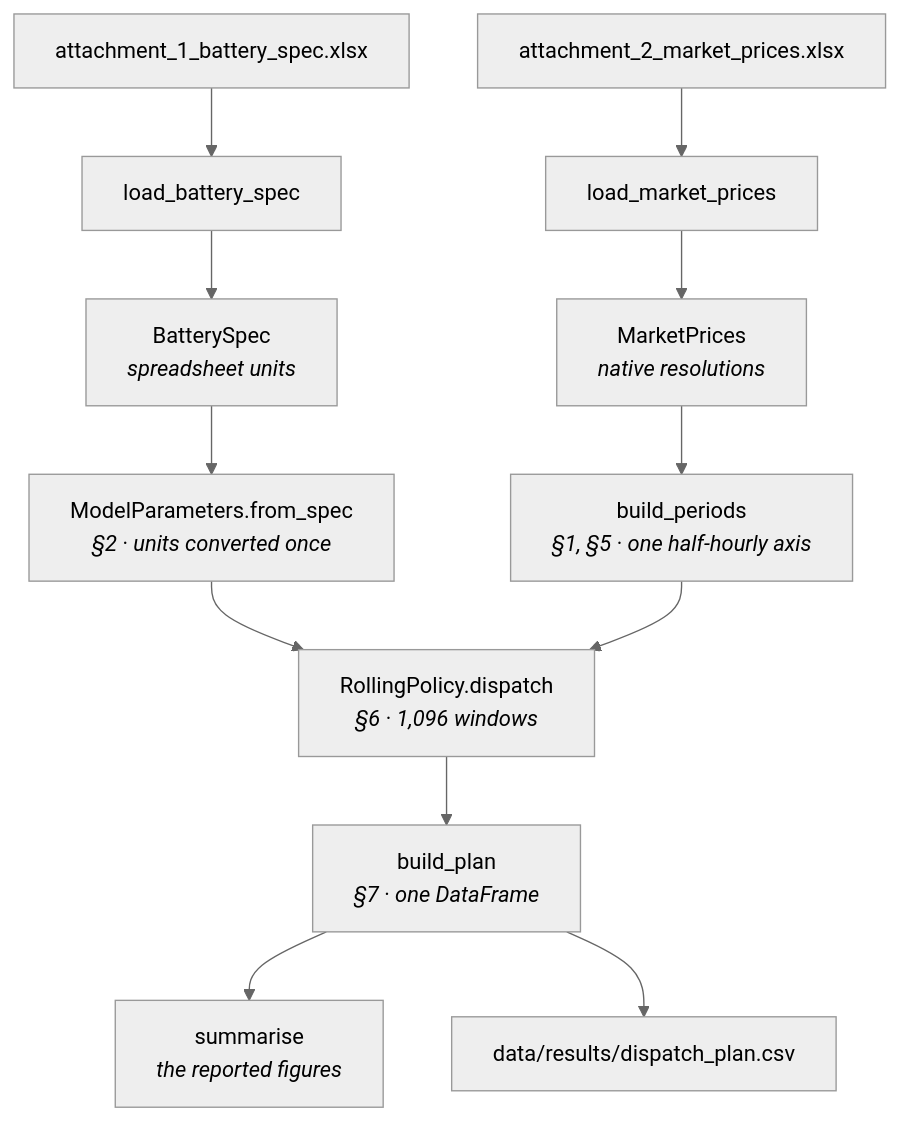
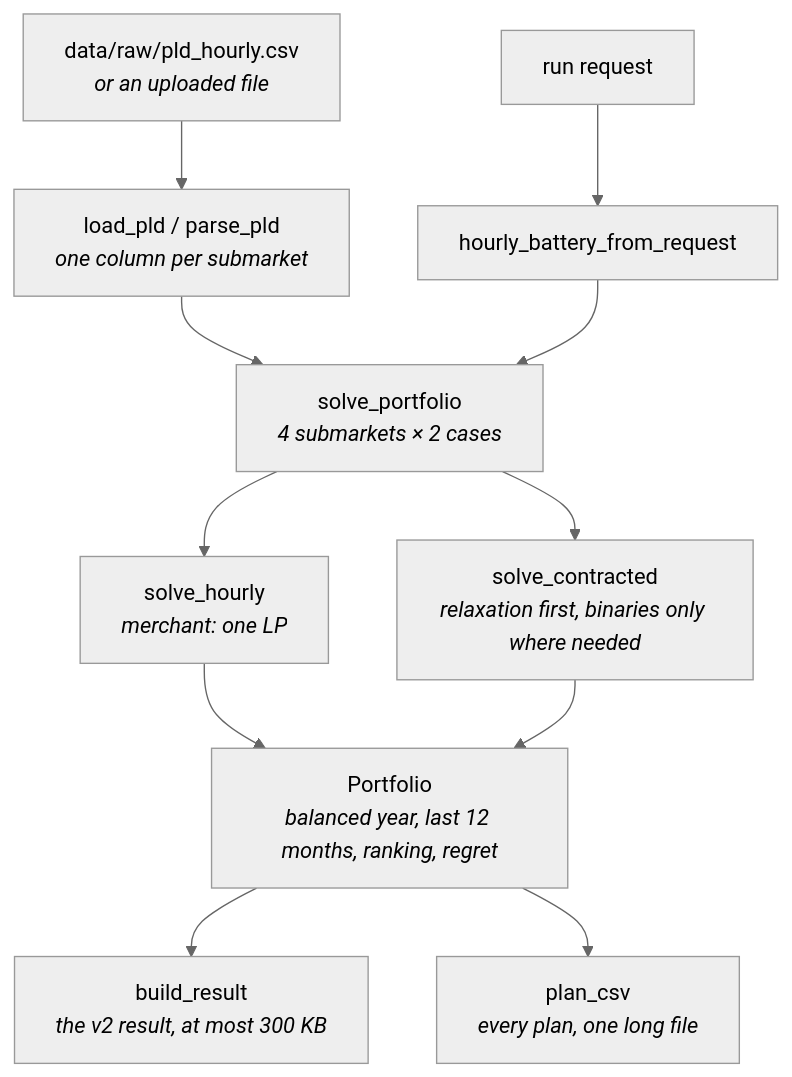
Before and after one commit to GuilhermePFM/BatteryDispatchModel: the diagram in docs/solve.md, drawn with Mermaid (neutral theme). The commit also changed other lines of this file and 242 other files, not shown here.

First line of the commit message:
feat: adapt BatteryPlan to the Brazilian PLD market

````diff
--- a/docs/solve.md
+++ b/docs/solve.md
@@ -14,14 +72,13 @@
 ```mermaid
 flowchart TD
-    X1["attachment_1_battery_spec.xlsx"] --> L1["load_battery_spec"]
-    X2["attachment_2_market_prices.xlsx"] --> L2["load_market_prices"]
-    L1 --> S["BatterySpec<br/><i>spreadsheet units</i>"]
-    L2 --> P["MarketPrices<br/><i>native resolutions</i>"]
-    S --> PA["ModelParameters.from_spec<br/><i>§2 · units converted once</i>"]
-    P --> G["build_periods<br/><i>§1, §5 · one half-hourly axis</i>"]
-    PA --> R["RollingPolicy.dispatch<br/><i>§6 · 1,096 windows</i>"]
-    G --> R
-    R --> SC["build_plan<br/><i>§7 · one DataFrame</i>"]
-    SC --> SU["summarise<br/><i>the reported figures</i>"]
-    SC --> OUT["data/results/dispatch_plan.csv"]
+    C["data/raw/pld_hourly.csv<br/><i>or an uploaded file</i>"] --> L["load_pld / parse_pld<br/><i>one column per submarket</i>"]
+    R["run request"] --> B["hourly_battery_from_request"]
+    L --> P["solve_portfolio<br/><i>4 submarkets × 2 cases</i>"]
+    B --> P
+    P --> M["solve_hourly<br/><i>merchant: one LP</i>"]
+    P --> K["solve_contracted<br/><i>relaxation first, binaries only where needed</i>"]
+    M --> O["Portfolio<br/><i>balanced year, last 12 months, ranking, regret</i>"]
+    K --> O
+    O --> J["build_result<br/><i>the v2 result, at most 300 KB</i>"]
+    O --> CSV["plan_csv<br/><i>every plan, one long file</i>"]
 ```
````
